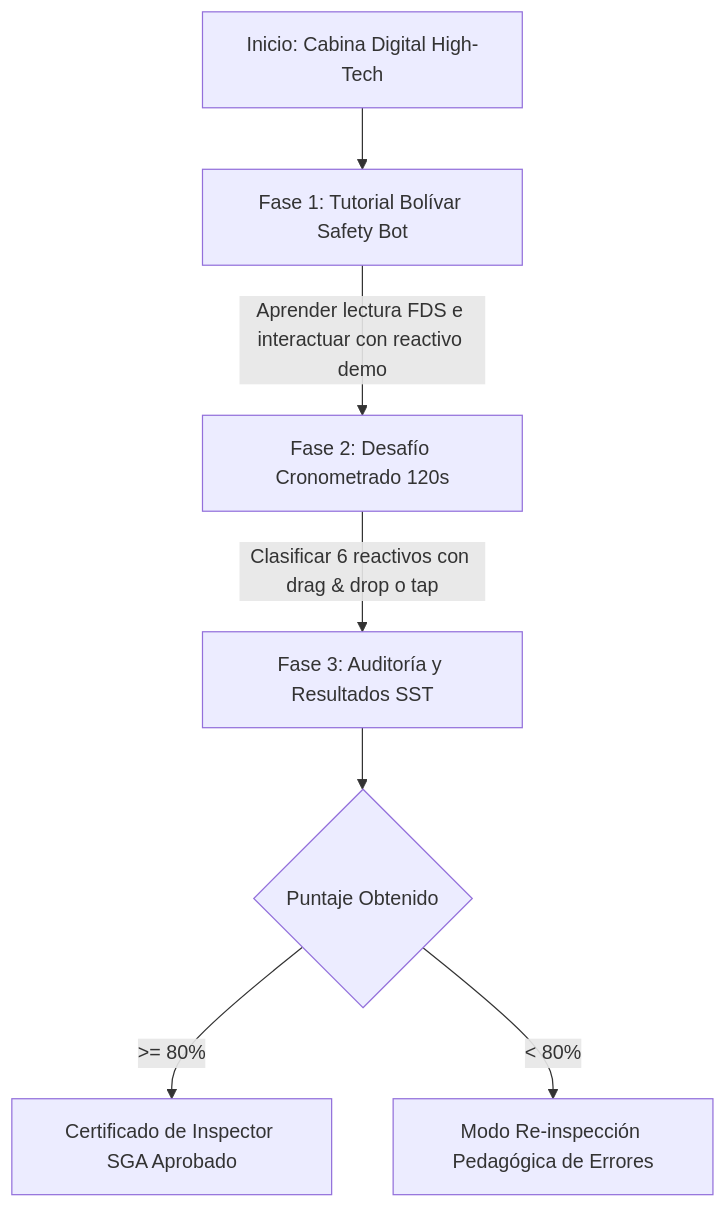
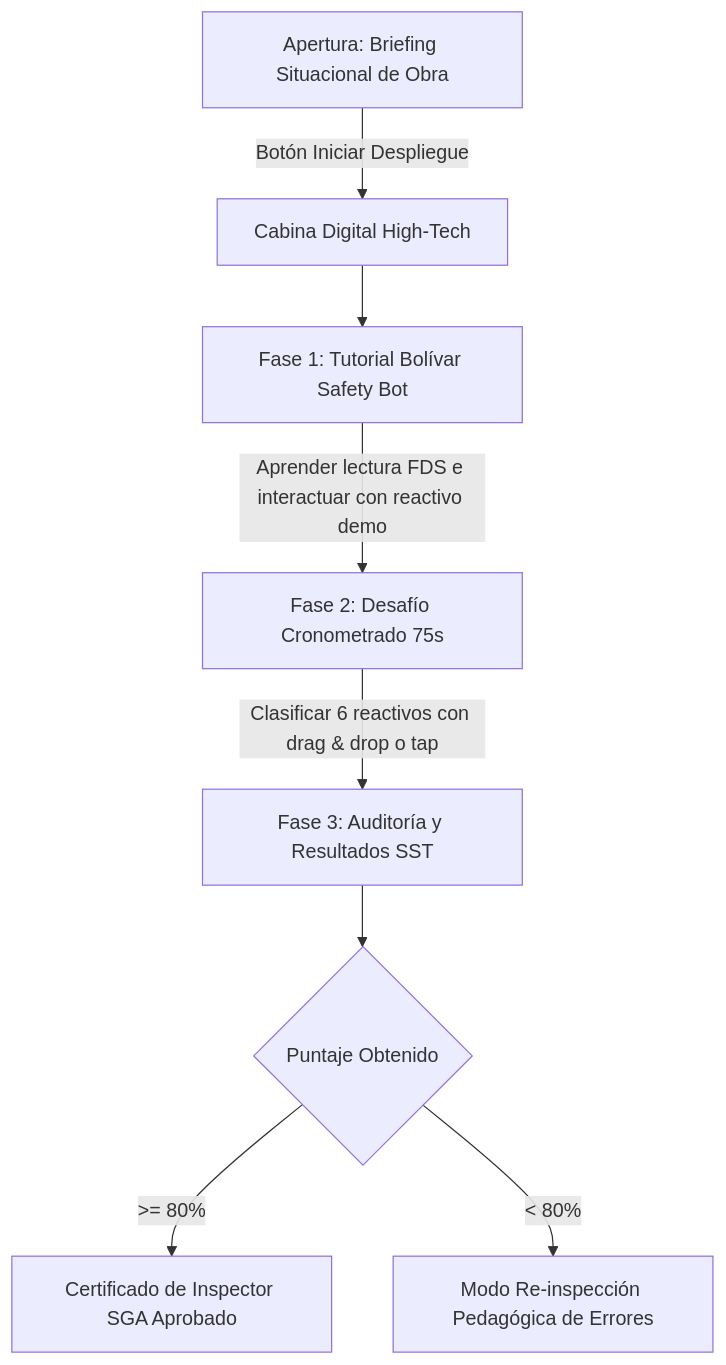
The diagram in docs/juegos/01_juego1_sga.md (Solprosig-S-A-S/01_SegurosBolivar), drawn with Mermaid before and after one commit. The commit also changed other lines of this file and 24 other files, not shown here.

````diff
--- a/docs/juegos/01_juego1_sga.md
+++ b/docs/juegos/01_juego1_sga.md
@@ -68,9 +68,10 @@
 ```mermaid
 flowchart TD
-    A[Inicio: Cabina Digital High-Tech] --> B[Fase 1: Tutorial Bolívar Safety Bot]
-    B -->|Aprender lectura FDS e interactuar con reactivo demo| C[Fase 2: Desafío Cronometrado 120s]
+    Z[Apertura: Briefing Situacional de Obra] -->|Botón Iniciar Despliegue| A[Cabina Digital High-Tech]
+    A --> B[Fase 1: Tutorial Bolívar Safety Bot]
+    B -->|Aprender lectura FDS e interactuar con reactivo demo| C[Fase 2: Desafío Cronometrado 75s]
     C -->|Clasificar 6 reactivos con drag & drop o tap| D[Fase 3: Auditoría y Resultados SST]
     D --> E{Puntaje Obtenido}
     E -->|>= 80%| F[Certificado de Inspector SGA Aprobado]
     E -->|< 80%| G[Modo Re-inspección Pedagógica de Errores]
 ```
````
